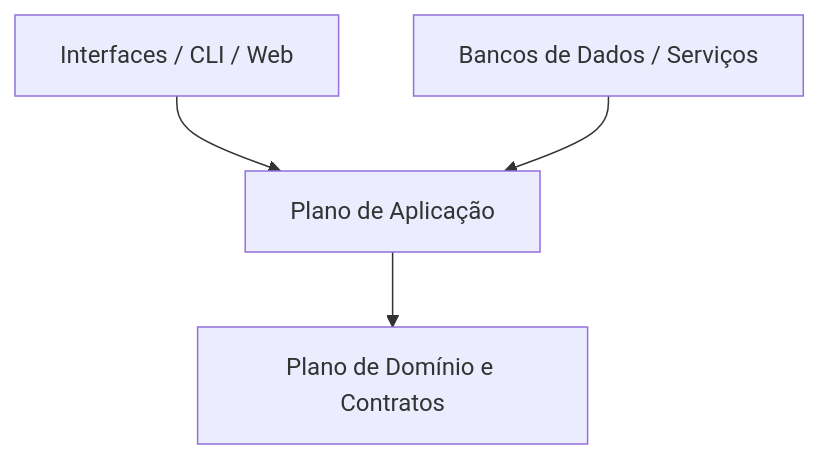
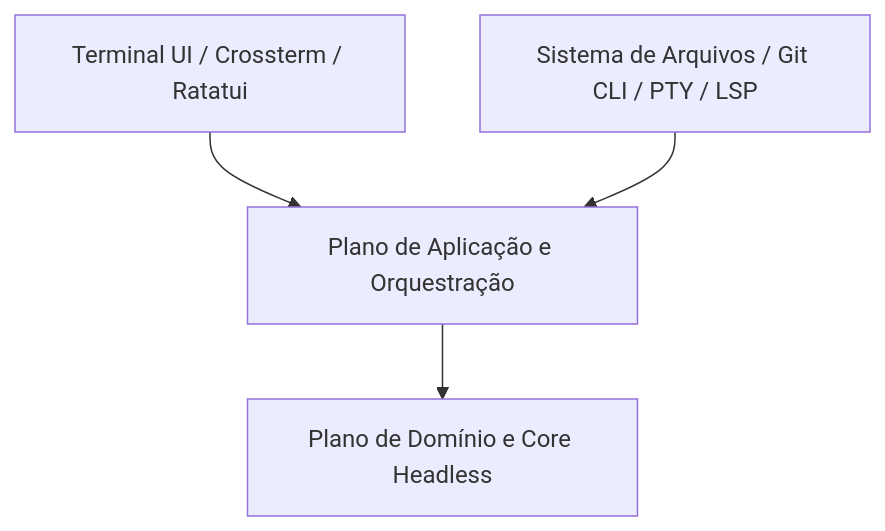
One commit to ori-team/oride changed the diagram in docs/architecture/overview.md. Above: the diagram before and after it, drawn with Mermaid. The commit also changed other lines of this file and 14 other files, not shown here.

Commit message:
docs: align documentation, testing strategy, architecture, and version references

````diff
--- a/docs/architecture/overview.md
+++ b/docs/architecture/overview.md
@@ -13,6 +13,6 @@
 ```mermaid
 graph TD
-    UI[Interfaces / CLI / Web] --> App[Plano de Aplicação]
-    Infra[Bancos de Dados / Serviços] --> App
-    App --> Domain[Plano de Domínio e Contratos]
+    UI[Terminal UI / Crossterm / Ratatui] --> App[Plano de Aplicação e Orquestração]
+    Infra[Sistema de Arquivos / Git CLI / PTY / LSP] --> App
+    App --> Domain[Plano de Domínio e Core Headless]
 ```
````
